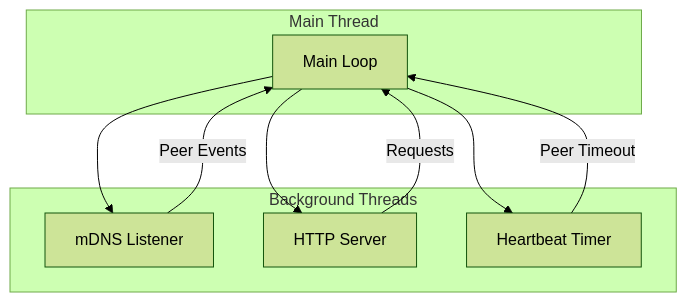
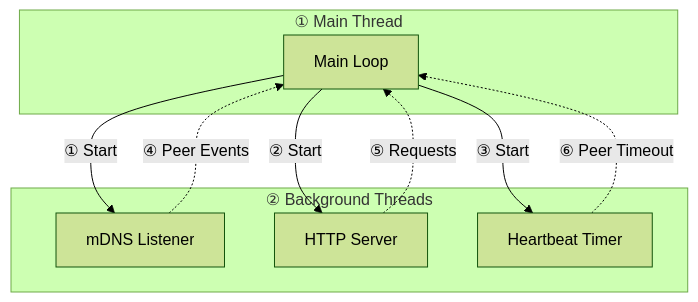
One commit to albertsdk/hsync-client changed the sixth of 6 diagrams in docs/lan-mode.md. Above: the diagram before and after it, drawn with Mermaid (forest theme). The commit also changed other lines of this file and 21 other files, not shown here.

First line of the commit message:
Add numbered phases to documentation diagrams

````diff
--- a/docs/lan-mode.md
+++ b/docs/lan-mode.md
@@ -515,20 +515,20 @@
 ```mermaid
 flowchart TB
-    subgraph "Main Thread"
+    subgraph "① Main Thread"
         MAIN[Main Loop]
     end
 
-    subgraph "Background Threads"
+    subgraph "② Background Threads"
         MDNS[mDNS Listener]
         HTTP[HTTP Server]
         HB[Heartbeat Timer]
     end
 
-    MAIN --> MDNS
-    MAIN --> HTTP
-    MAIN --> HB
+    MAIN -->|"① Start"| MDNS
+    MAIN -->|"② Start"| HTTP
+    MAIN -->|"③ Start"| HB
 
-    MDNS -->|Peer Events| MAIN
-    HTTP -->|Requests| MAIN
-    HB -->|Peer Timeout| MAIN
+    MDNS -.->|"④ Peer Events"| MAIN
+    HTTP -.->|"⑤ Requests"| MAIN
+    HB -.->|"⑥ Peer Timeout"| MAIN
 ```
````
